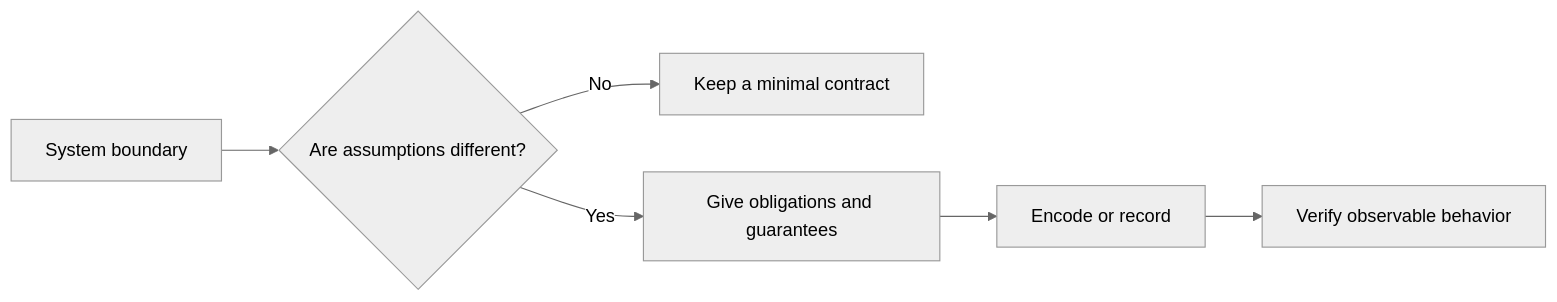
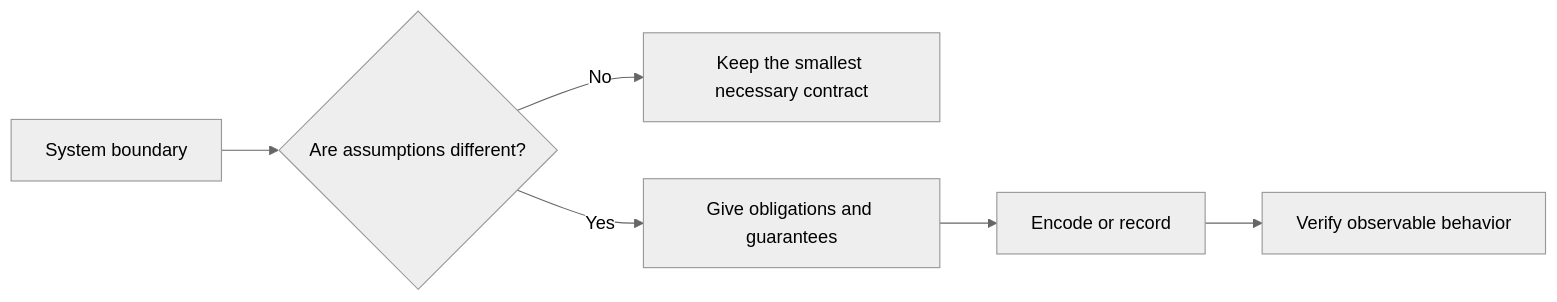
One commit to HomericIntelligence/Athena changed the diagram in docs/principles/details/p019-explicit-contracts.md. Above: the diagram before and after it, drawn with Mermaid (neutral theme). The commit also changed other lines of this file and 53 other files, not shown here.

````diff
--- a/docs/principles/details/p019-explicit-contracts.md
+++ b/docs/principles/details/p019-explicit-contracts.md
@@ -37,8 +37,8 @@
 ```mermaid
 flowchart LR
     Boundary["System boundary"] --> Ambiguity{"Are assumptions different?"}
-    Ambiguity -->|No| Minimal["Keep a minimal contract"]
+    Ambiguity -->|No| Minimal["Keep the smallest necessary contract"]
     Ambiguity -->|Yes| Define["Give obligations and guarantees"]
     Define --> Encode["Encode or record"]
     Encode --> Verify["Verify observable behavior"]
 ```
````
